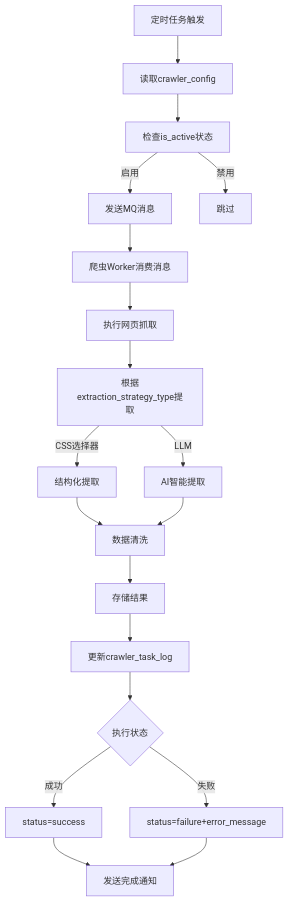
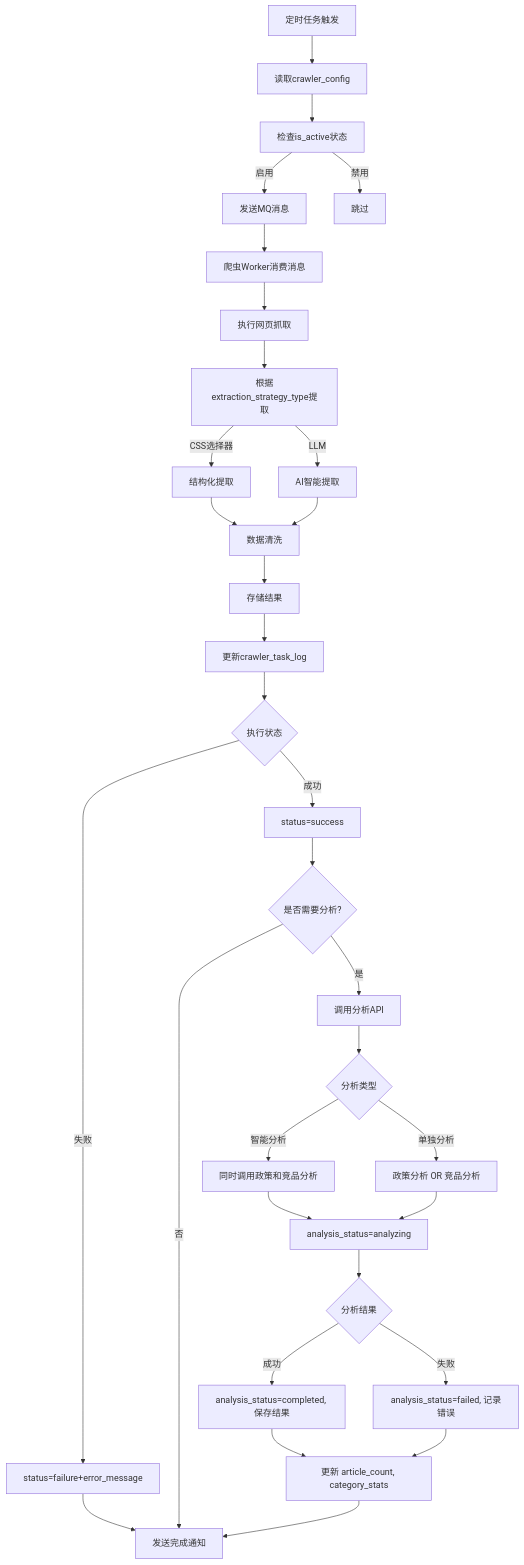
The fourth of 4 diagrams in docs/软件设计书.md (captainni/EagleEye2), drawn with Mermaid before and after one commit. The commit also changed other lines of this file and 32 other files, not shown here.

````diff
--- a/docs/软件设计书.md
+++ b/docs/软件设计书.md
@@ -339,21 +388,34 @@
 ```mermaid
 graph TD
     A[定时任务触发] --> B[读取crawler_config]
     B --> C[检查is_active状态]
     C -->|启用| D[发送MQ消息]
     C -->|禁用| E[跳过]
     D --> F[爬虫Worker消费消息]
     F --> G[执行网页抓取]
     G --> H[根据extraction_strategy_type提取]
     H -->|CSS选择器| I[结构化提取]
     H -->|LLM| J[AI智能提取]
     I --> K[数据清洗]
     J --> K
     K --> L[存储结果]
     L --> M[更新crawler_task_log]
     M --> N{执行状态}
     N -->|成功| O[status=success]
     N -->|失败| P[status=failure+error_message]
-    O --> Q[发送完成通知]
-    P --> Q
+    O --> Q{是否需要分析?}
+    P --> R[发送完成通知]
+    Q -->|否| R
+    Q -->|是| S[调用分析API]
+    S --> T{分析类型}
+    T -->|智能分析| U[同时调用政策和竞品分析]
+    T -->|单独分析| V[政策分析 OR 竞品分析]
+    U --> W[analysis_status=analyzing]
+    V --> W
+    W --> X{分析结果}
+    X -->|成功| Y[analysis_status=completed, 保存结果]
+    X -->|失败| Z[analysis_status=failed, 记录错误]
+    Y --> AA[更新 article_count, category_stats]
+    Z --> AA
+    AA --> R
 ```
````
